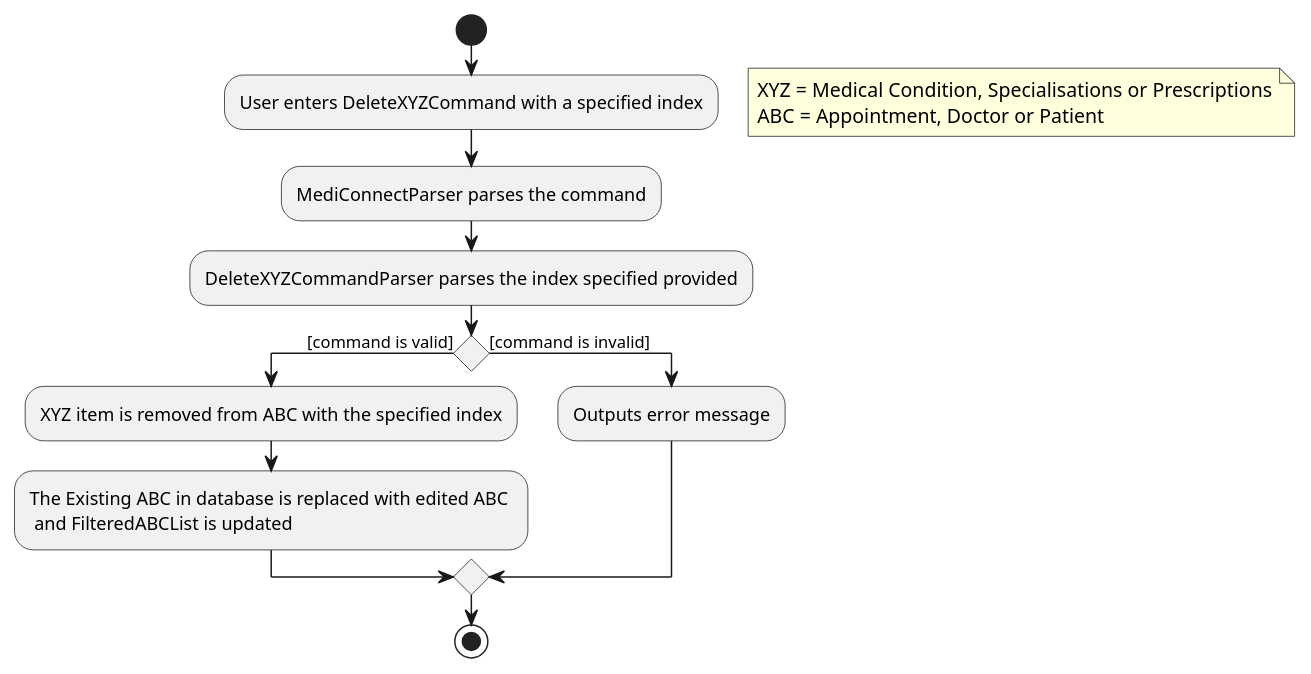
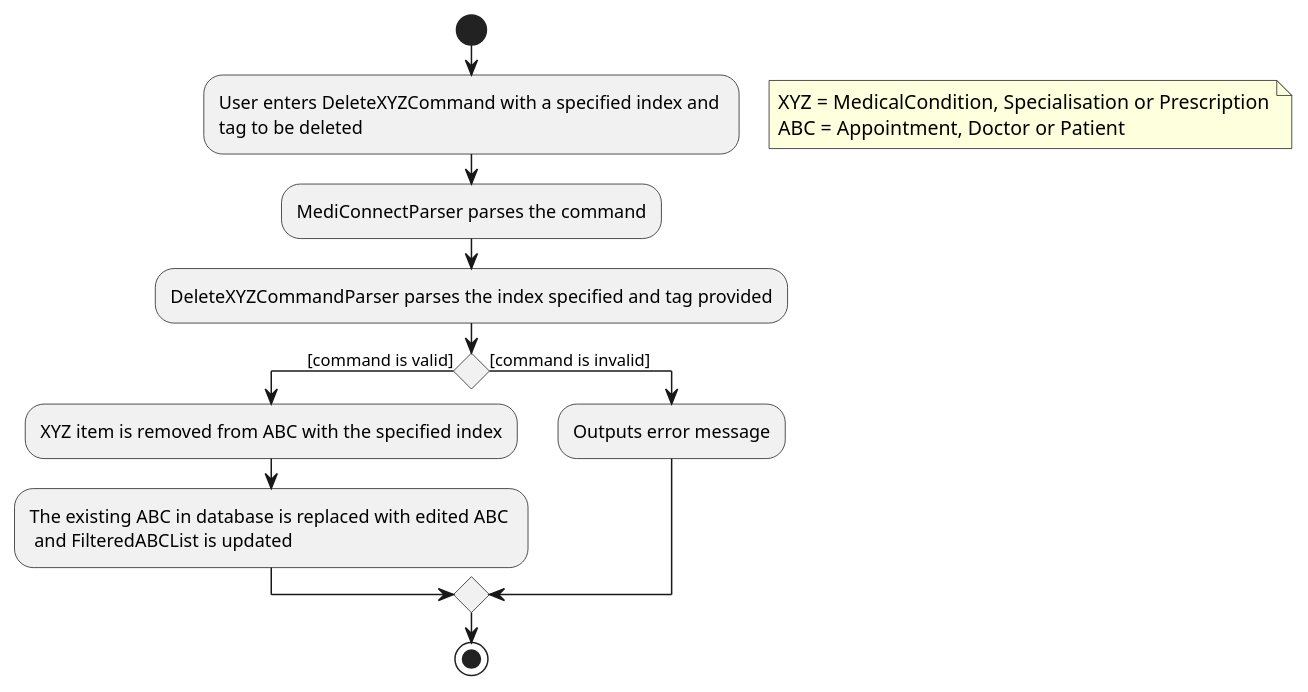
The diagram in docs/diagrams/commands/DeleteXYZTagActivityDiagram.puml (yanghengtang/tp), drawn with PlantUML before and after one commit. The commit also changed 1 other file, not shown here.

Commit message:
Update DeleteXYZTagActivityDiagram

```diff
--- a/docs/diagrams/commands/DeleteXYZTagActivityDiagram.puml
+++ b/docs/diagrams/commands/DeleteXYZTagActivityDiagram.puml
@@ -1,21 +1,21 @@
 @startuml
 'https://plantuml.com/activity-diagram-beta
 
 start
-:User enters DeleteXYZCommand with a specified index;
+:User enters DeleteXYZCommand with a specified index and \ntag to be deleted;
 floating note right
-    XYZ = Medical Condition, Specialisations or Prescriptions
+    XYZ = MedicalCondition, Specialisation or Prescription
     ABC = Appointment, Doctor or Patient
 end note
 :MediConnectParser parses the command;
-:DeleteXYZCommandParser parses the index specified provided;
+:DeleteXYZCommandParser parses the index specified and tag provided;
 if () then ([command is valid])
   :XYZ item is removed from ABC with the specified index;
-  :The Existing ABC in database is replaced with edited ABC \n and FilteredABCList is updated;
+  :The existing ABC in database is replaced with edited ABC \n and FilteredABCList is updated;
 else ([command is invalid])
   :Outputs error message;
 endif
 
 stop
 
 @enduml
```
